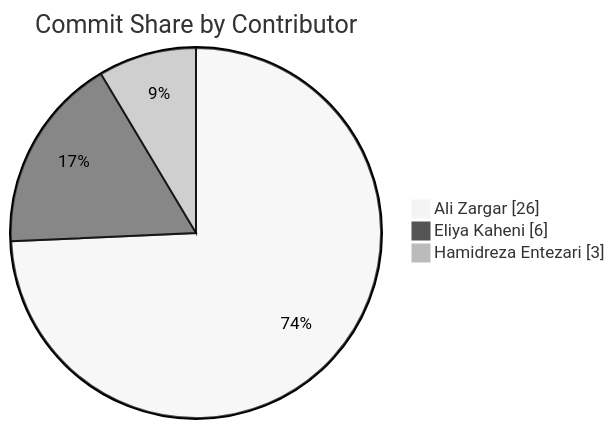
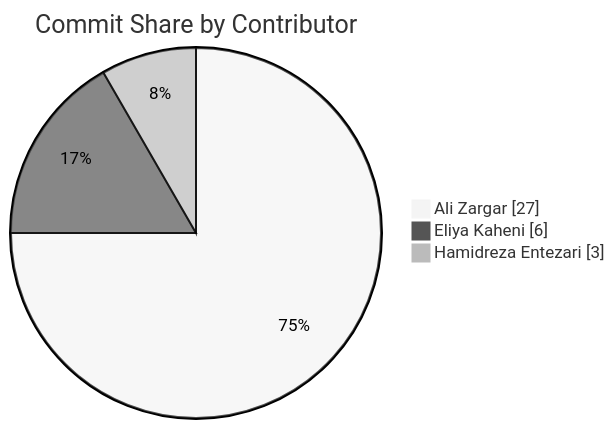
One commit to 0ALI0ZARGAR0/c-minus-compiler changed the first of 4 diagrams in README.md. Above: the diagram before and after it, drawn with Mermaid (neutral theme). The commit also changed other lines of this file, not shown here.

````diff
--- a/README.md
+++ b/README.md
@@ -52,7 +52,7 @@
 ```mermaid
 pie showData
     title Commit Share by Contributor
-    "Ali Zargar" : 26
+    "Ali Zargar" : 27
     "Eliya Kaheni" : 6
     "Hamidreza Entezari" : 3
 ```
````
